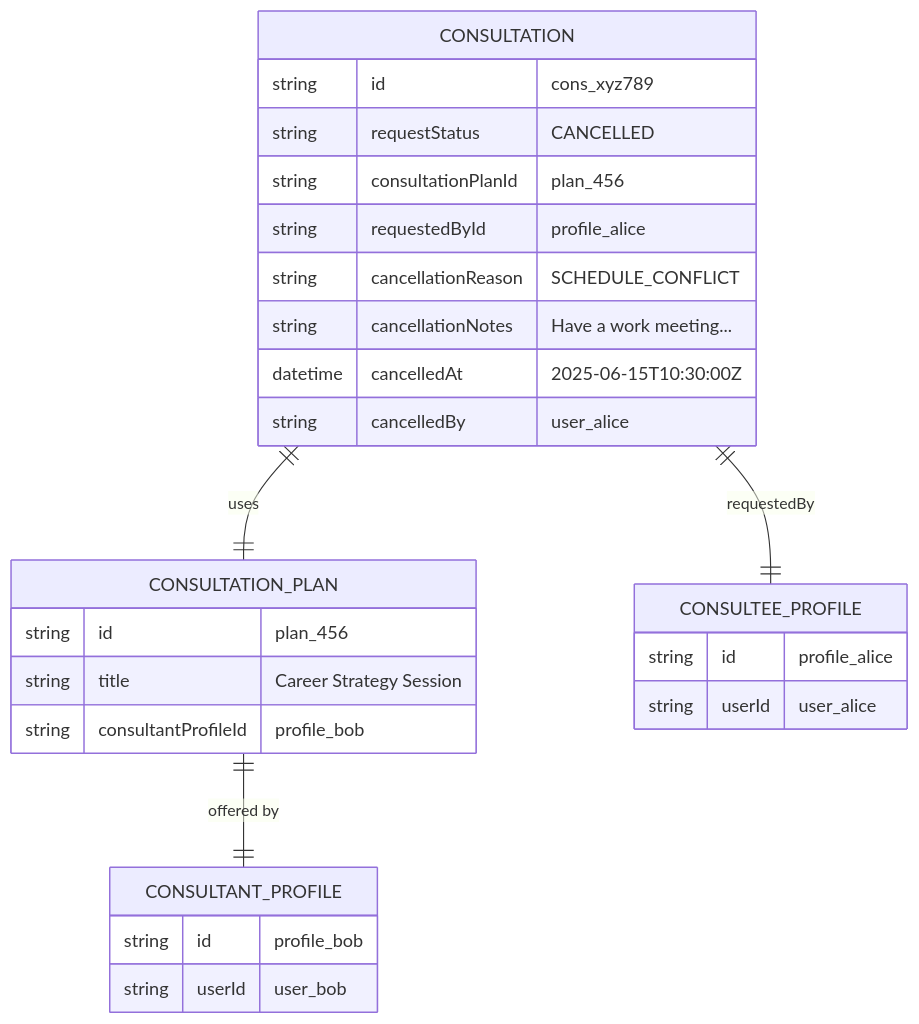
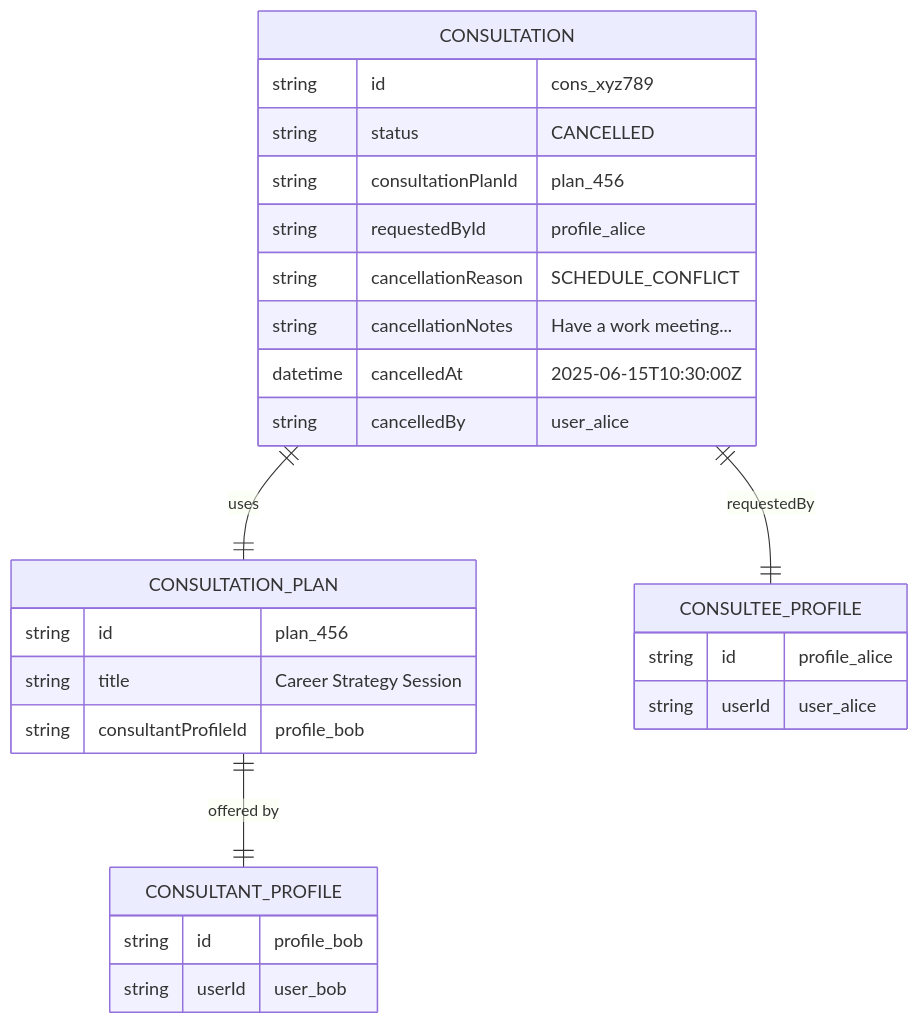
One commit to Practitionist/familiarise_web changed the fifth of 15 diagrams in docs/booking/08-cancellation-flow.md. Above: the diagram before and after it, drawn with Mermaid. The commit also changed other lines of this file and 56 other files, not shown here.

````diff
--- a/docs/booking/08-cancellation-flow.md
+++ b/docs/booking/08-cancellation-flow.md
@@ -526,33 +526,33 @@
 ```mermaid
 erDiagram
     CONSULTATION {
         string id "cons_xyz789"
-        string requestStatus "CANCELLED"
+        string status "CANCELLED"
         string consultationPlanId "plan_456"
         string requestedById "profile_alice"
         string cancellationReason "SCHEDULE_CONFLICT"
         string cancellationNotes "Have a work meeting..."
         datetime cancelledAt "2025-06-15T10:30:00Z"
         string cancelledBy "user_alice"
     }
 
     CONSULTATION_PLAN {
         string id "plan_456"
         string title "Career Strategy Session"
         string consultantProfileId "profile_bob"
     }
 
     CONSULTEE_PROFILE {
         string id "profile_alice"
         string userId "user_alice"
     }
 
     CONSULTANT_PROFILE {
         string id "profile_bob"
         string userId "user_bob"
     }
 
     CONSULTATION ||--|| CONSULTATION_PLAN : "uses"
     CONSULTATION ||--|| CONSULTEE_PROFILE : "requestedBy"
     CONSULTATION_PLAN ||--|| CONSULTANT_PROFILE : "offered by"
 ```
````
